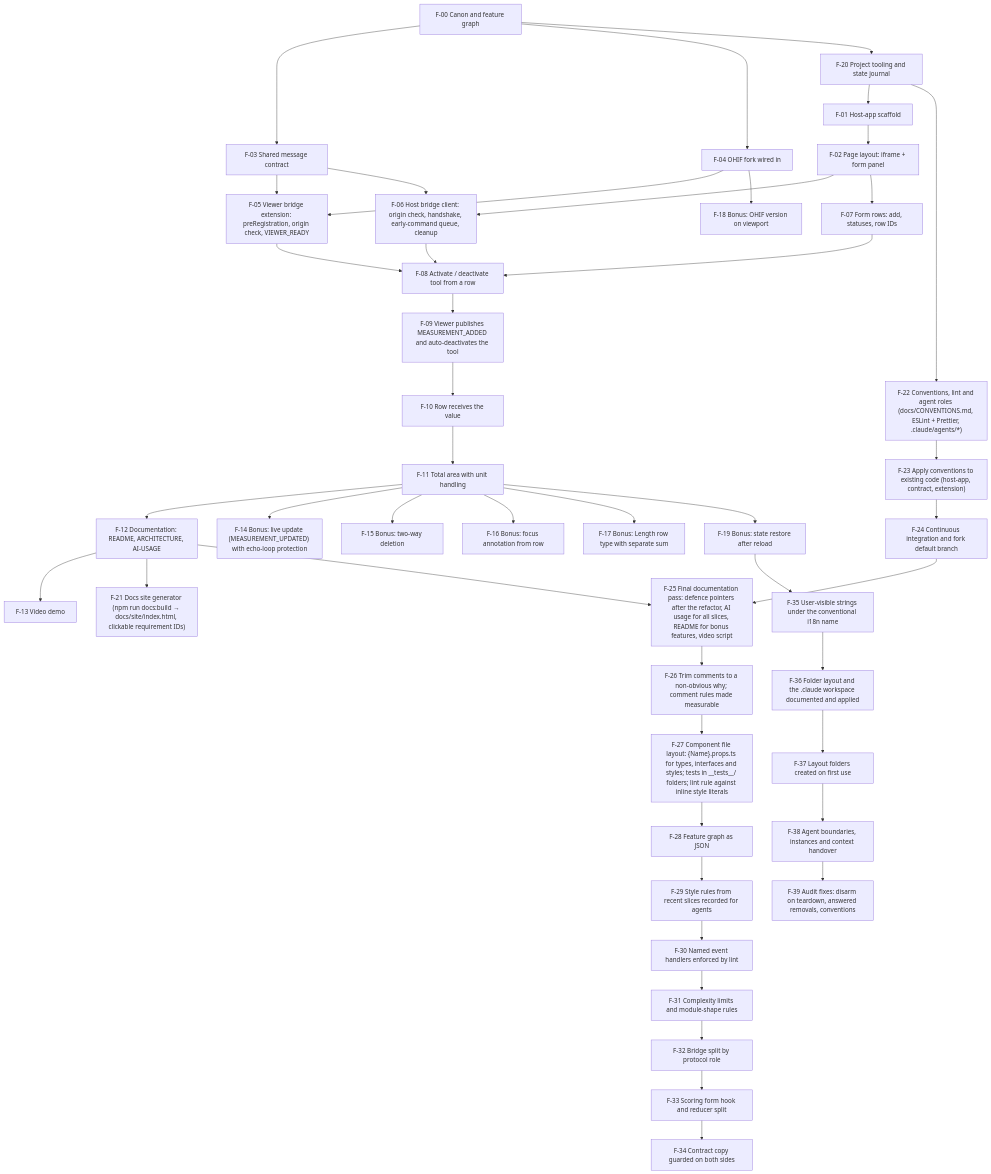
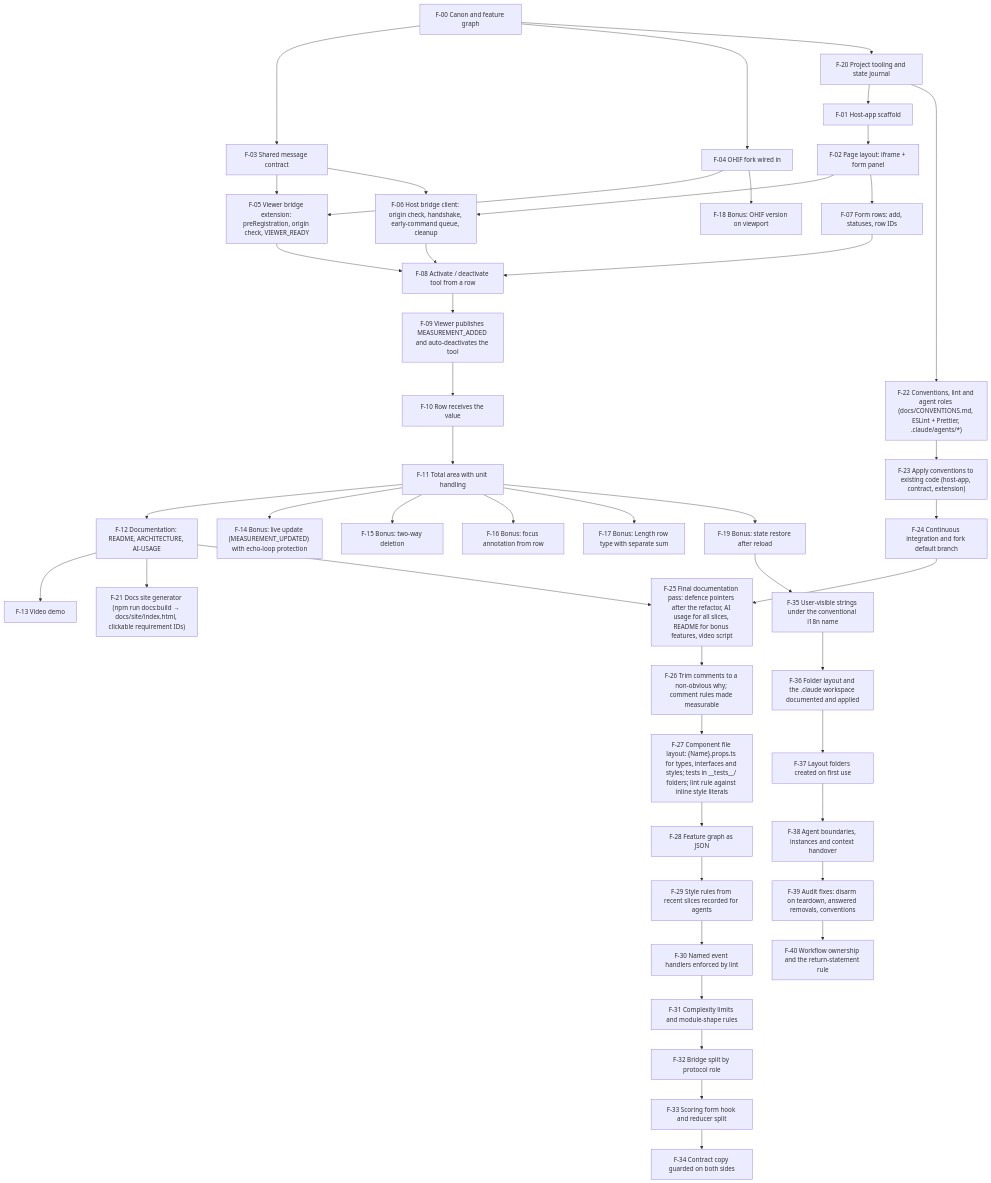
One commit to bdiadiun/artifact-synchronization changed the diagram in docs/FEATURE-GRAPH.md. Above: the diagram before and after it, drawn with Mermaid. The commit also changed other lines of this file and 8 other files, not shown here.

Commit message:
chore: workflow ownership and the return-statement rule

````diff
--- a/docs/FEATURE-GRAPH.md
+++ b/docs/FEATURE-GRAPH.md
@@ -136,6 +137,7 @@
   F37["F-37 Layout folders created on first use"]
   F38["F-38 Agent boundaries, instances and context handover"]
   F39["F-39 Audit fixes: disarm on teardown, answered removals, conventions"]
+  F40["F-40 Workflow ownership and the return-statement rule"]
 
   F20 --> F01
   F01 --> F02
@@ -181,4 +183,5 @@
   F36 --> F37
   F37 --> F38
   F38 --> F39
+  F39 --> F40
 ```
````
